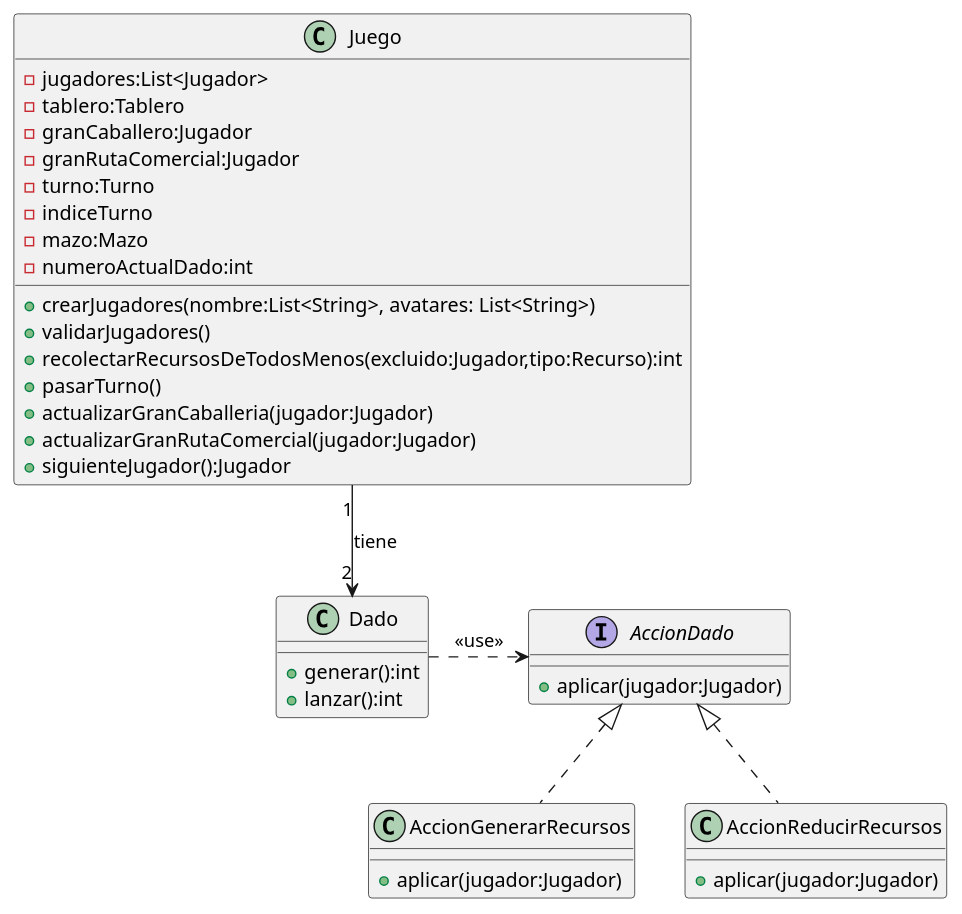
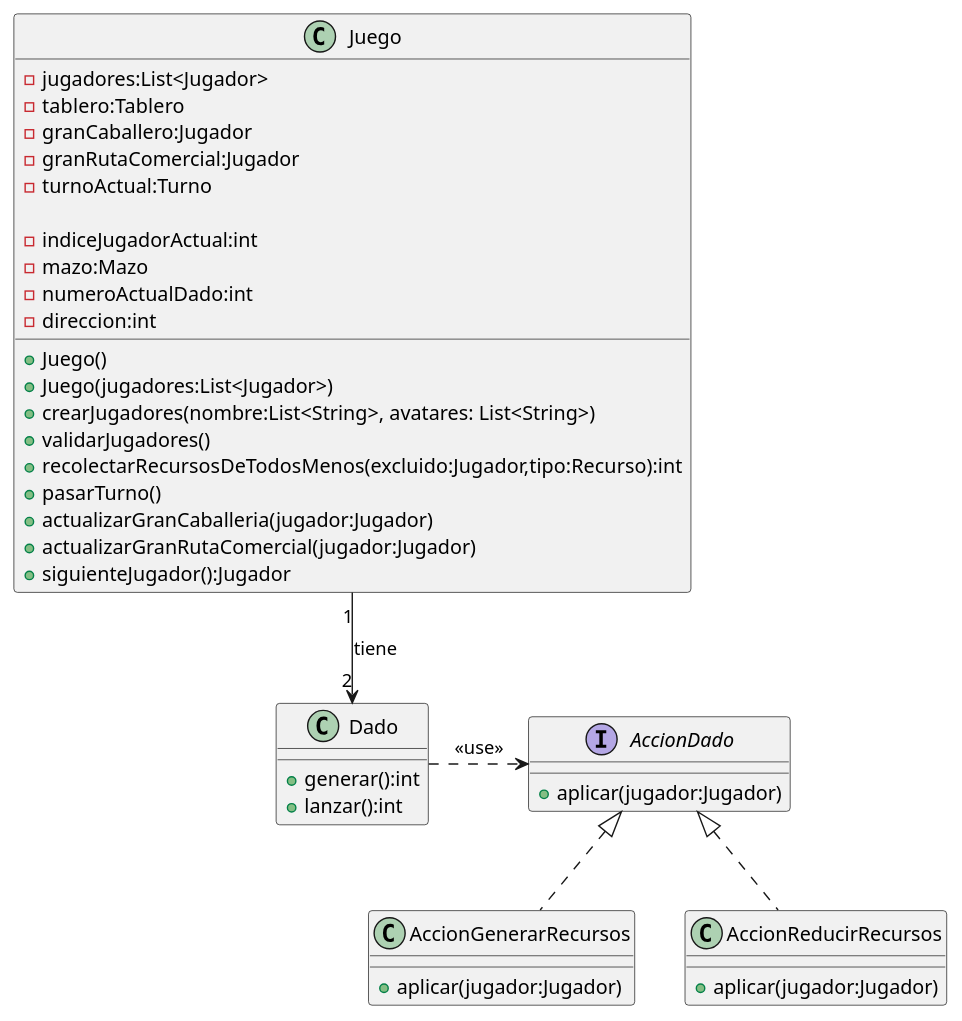
Before and after one commit to alejandrodelcs/tp2-algo3: the diagram in diagrams/classes/dc-juego-dado.puml, drawn with PlantUML. The commit also changed 12 other files, not shown here.

Commit message:
diagramas paquetes

```diff
--- a/diagrams/classes/dc-juego-dado.puml
+++ b/diagrams/classes/dc-juego-dado.puml
@@ -1,50 +1,54 @@
 @startuml
 
 
 class Dado{
    +generar():int
    +lanzar():int
 }
 
 
 interface AccionDado{
     +aplicar(jugador:Jugador)
 }
 
 
 class AccionGenerarRecursos implements AccionDado {
      +aplicar(jugador:Jugador)
 }
 
 
 class AccionReducirRecursos implements AccionDado {
      +aplicar(jugador:Jugador)
 }
 
 
 Dado .> AccionDado : <<use>>
 
 class Juego{
   -jugadores:List<Jugador>
   -tablero:Tablero
   -granCaballero:Jugador
   -granRutaComercial:Jugador
-  -turno:Turno
-  -indiceTurno
+  -turnoActual:Turno
+
+  -indiceJugadorActual:int
   -mazo:Mazo
   -numeroActualDado:int
+  -direccion:int
 
+  +Juego()
+  +Juego(jugadores:List<Jugador>)
   +crearJugadores(nombre:List<String>, avatares: List<String>)
   +validarJugadores()
   +recolectarRecursosDeTodosMenos(excluido:Jugador,tipo:Recurso):int
   +pasarTurno()
   +actualizarGranCaballeria(jugador:Jugador)
   +actualizarGranRutaComercial(jugador:Jugador)
   +siguienteJugador():Jugador
 
 }
 
 
 Juego" 1" --> "2" Dado : tiene
 
 @enduml
```
